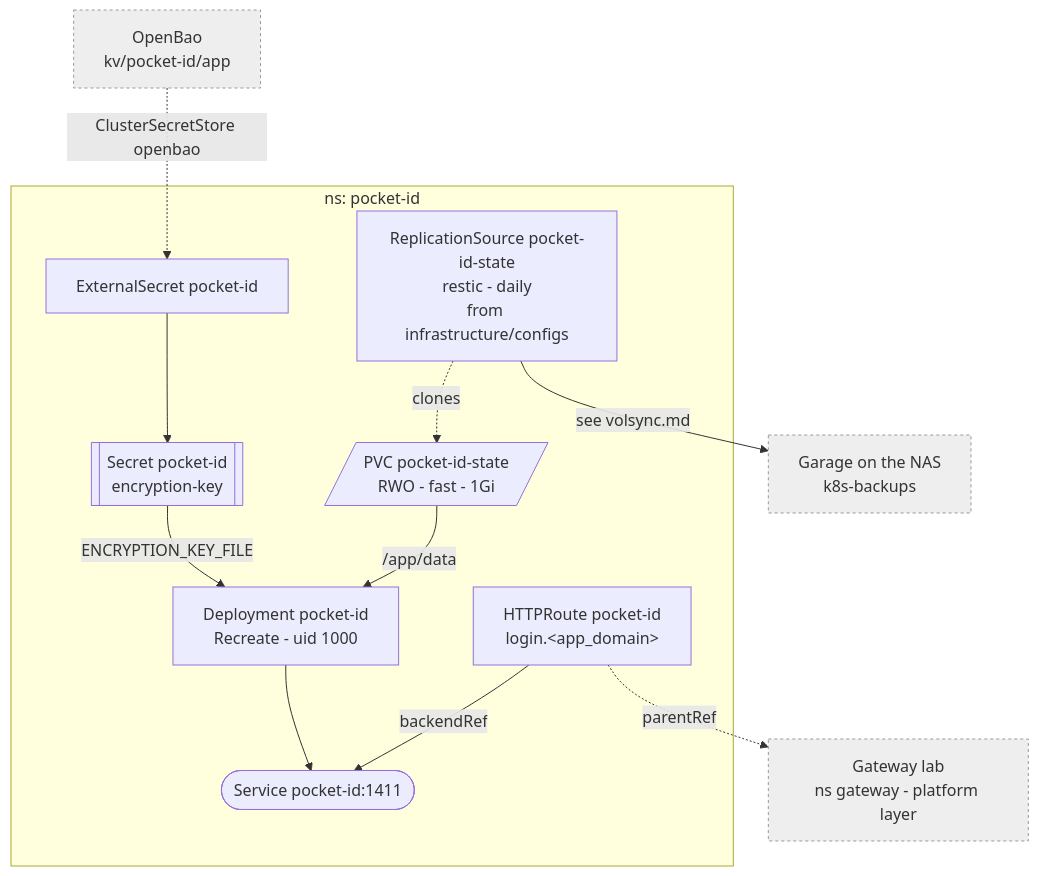
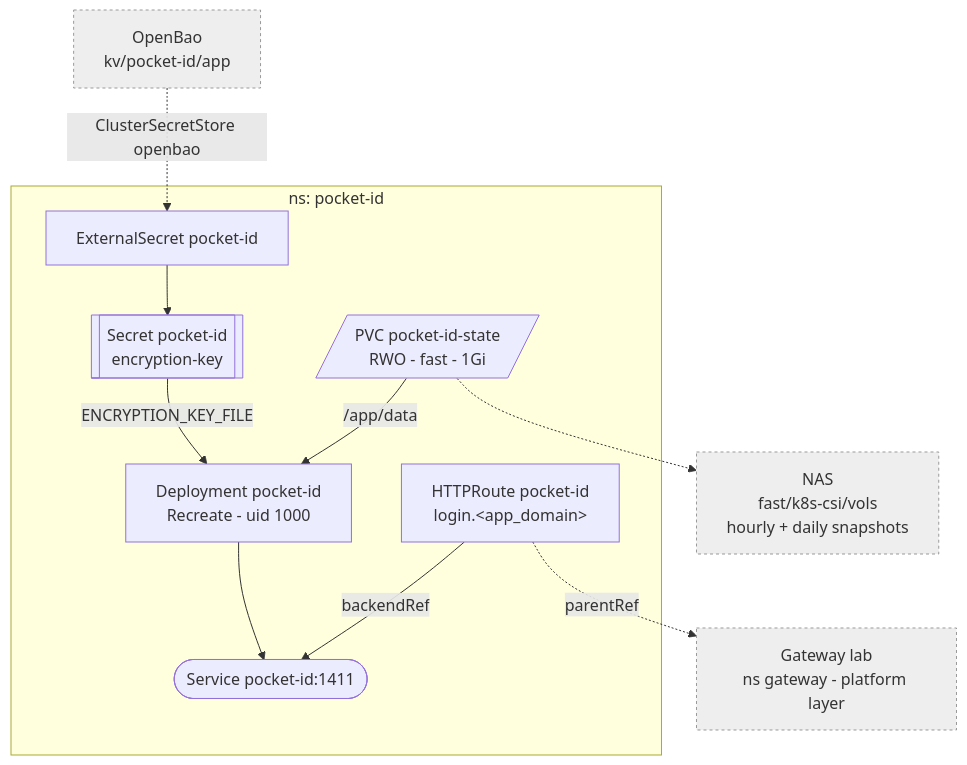
One commit to Sojamann/homelab-apps changed the diagram in docs/pocket-id.md. Above: the diagram before and after it, drawn with Mermaid. The commit also changed other lines of this file and 38 other files, not shown here.

Commit message:
feat(backups): replace VolSync with NAS ZFS snapshots and replication

````diff
--- a/docs/pocket-id.md
+++ b/docs/pocket-id.md
@@ -6,19 +6,18 @@
 ```mermaid
 graph TD
   subgraph pid["ns: pocket-id"]
     ES["ExternalSecret pocket-id"] --> SEC[["Secret pocket-id<br/>encryption-key"]]
     SRV["Deployment pocket-id<br/>Recreate - uid 1000"]
     SRV --> SVC(["Service pocket-id:1411"])
     PVC[/"PVC pocket-id-state<br/>RWO - fast - 1Gi"/] -->|/app/data| SRV
-    RS["ReplicationSource pocket-id-state<br/>restic - daily<br/>from infrastructure/configs"] -.->|clones| PVC
     SEC -->|ENCRYPTION_KEY_FILE| SRV
     RT["HTTPRoute pocket-id<br/>login.&lt;app_domain&gt;"] -->|backendRef| SVC
   end
 
   BAO["OpenBao<br/>kv/pocket-id/app"] -.->|ClusterSecretStore openbao| ES
-  RS -->|see volsync.md| GA["Garage on the NAS<br/>k8s-backups"]
+  PVC -.-> SNAP["NAS<br/>fast/k8s-csi/vols<br/>hourly + daily snapshots"]
   RT -.->|parentRef| GW["Gateway lab<br/>ns gateway - platform layer"]
 
   classDef ext fill:#eee,stroke:#999,stroke-dasharray:3 3;
-  class GW,BAO,GA ext;
+  class GW,BAO,SNAP ext;
 ```
````
